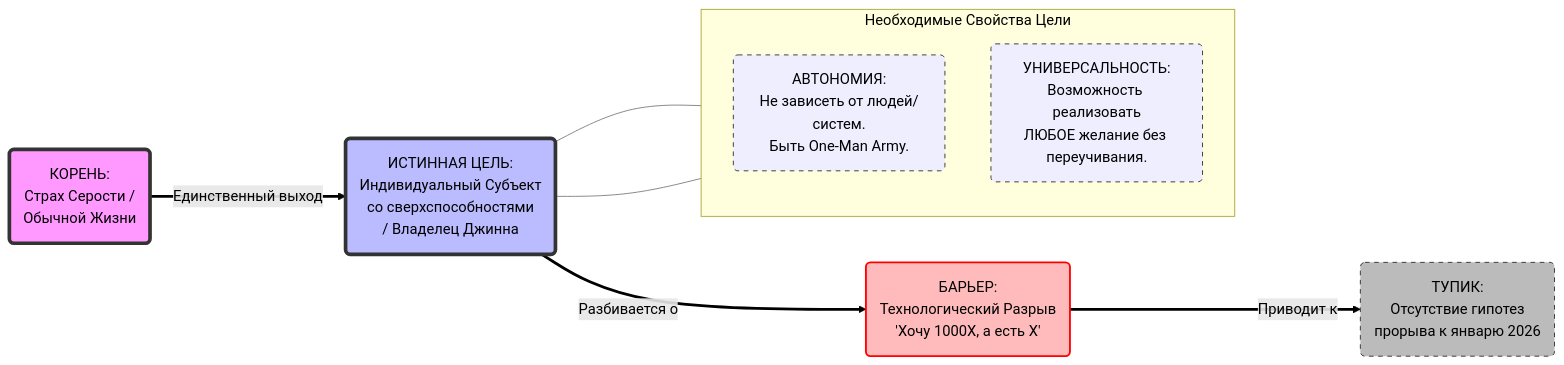
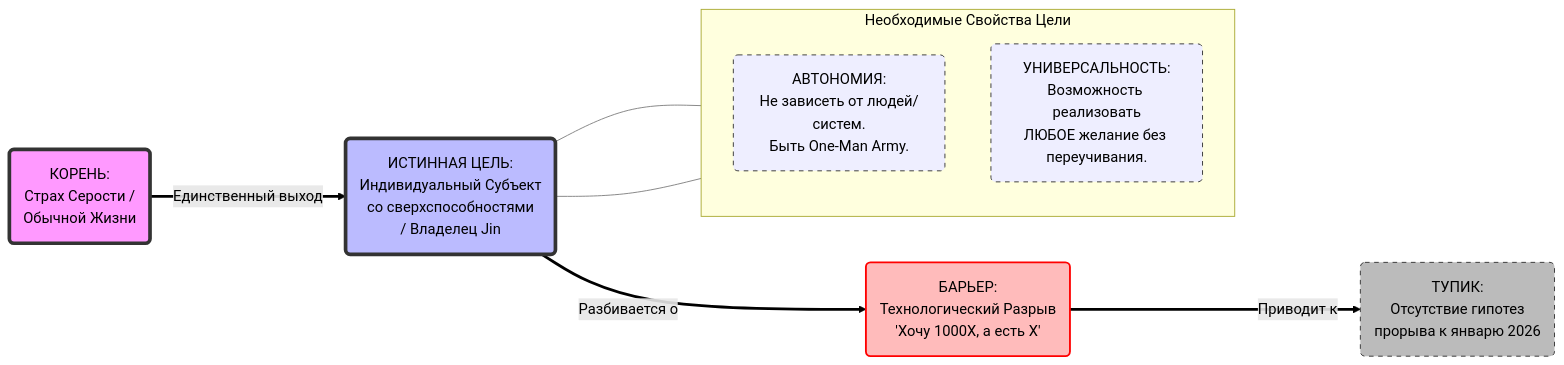
The diagram in december2025/mental_map_of_psyche.md (wrapper228/goalX), drawn with Mermaid before and after one commit. The commit also changed other lines of this file and 2 other files, not shown here.

````diff
--- a/december2025/mental_map_of_psyche.md
+++ b/december2025/mental_map_of_psyche.md
@@ -8,36 +8,36 @@
 ```mermaid
 graph LR
     %% Стили
     classDef root fill:#f9f,stroke:#333,stroke-width:4px,color:black;
     classDef core fill:#bbf,stroke:#333,stroke-width:4px,color:black;
     classDef barrier fill:#fbb,stroke:#f00,stroke-width:2px,color:black;
     classDef deadend fill:#bbb,stroke:#333,stroke-width:1px,stroke-dasharray: 5 5,color:black;
     classDef prop fill:#eef,stroke:#333,stroke-width:1px,stroke-dasharray: 5 5,color:black;
 
     %% Узлы (Nodes)
     Root(КОРЕНЬ:<br/>Страх Серости /<br/>Обычной Жизни):::root
     
-    Target(ИСТИННАЯ ЦЕЛЬ:<br/>Индивидуальный Субъект<br/>со сверхспособностями<br/>/ Владелец Джинна):::core
+    Target(ИСТИННАЯ ЦЕЛЬ:<br/>Индивидуальный Субъект<br/>со сверхспособностями<br/>/ Владелец Jin):::core
 
     Gap(БАРЬЕР:<br/>Технологический Разрыв<br/>'Хочу 1000X, а есть X'):::barrier
 
     DeadEnd(ТУПИК:<br/>Отсутствие гипотез<br/>прорыва к январю 2026):::deadend
 
     subgraph Properties [Необходимые Свойства Цели]
         direction TB
         Autonomy(АВТОНОМИЯ:<br/>Не зависеть от людей/систем.<br/>Быть One-Man Army.):::prop
         Universality(УНИВЕРСАЛЬНОСТЬ:<br/>Возможность реализовать<br/>ЛЮБОЕ желание без переучивания.):::prop
     end
 
     %% Связи (Flow)
     Root ==>|Единственный выход| Target
     Target ==>|Разбивается о| Gap
     Gap ==>|Приводит к| DeadEnd
     
     Target --- Autonomy
     Target --- Universality
     
     %% Описание связей
     linkStyle 0,1,2 stroke-width:3px,fill:none,stroke:black;
     linkStyle 3,4 stroke-width:1px,fill:none,stroke:grey;
 ```
````
